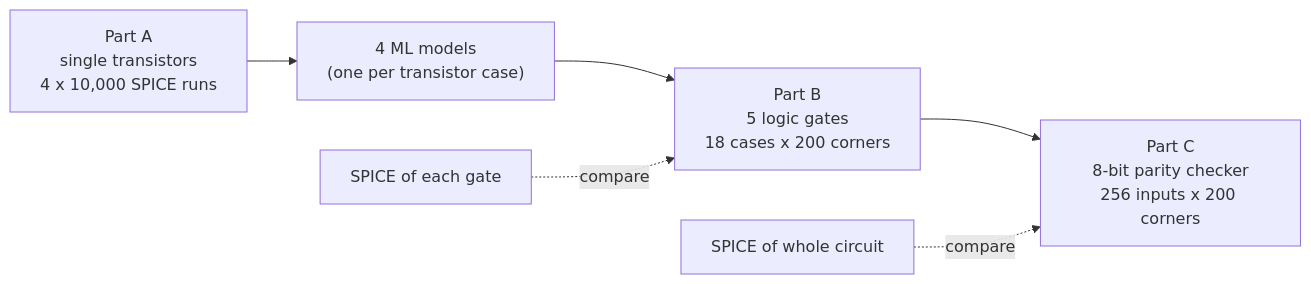
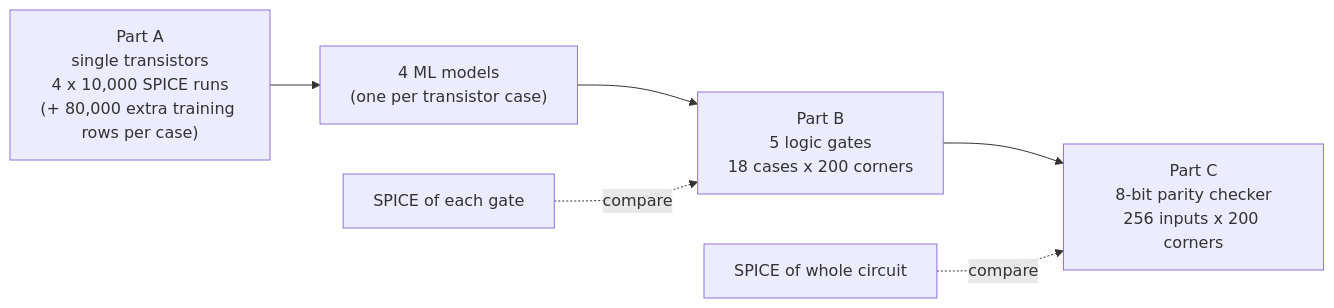
One commit to saiXbhargav/DVD_Project changed the diagram in PROJECT_GUIDE.md. Above: the diagram before and after it, drawn with Mermaid. The commit also changed other lines of this file and 7 other files, not shown here.

````diff
--- a/PROJECT_GUIDE.md
+++ b/PROJECT_GUIDE.md
@@ -52,8 +60,8 @@
 ```mermaid
 flowchart LR
-    A["Part A<br/>single transistors<br/>4 x 10,000 SPICE runs"] --> M["4 ML models<br/>(one per transistor case)"]
+    A["Part A<br/>single transistors<br/>4 x 10,000 SPICE runs<br/>(+ 80,000 extra training rows per case)"] --> M["4 ML models<br/>(one per transistor case)"]
     M --> B["Part B<br/>5 logic gates<br/>18 cases x 200 corners"]
     B --> C["Part C<br/>8-bit parity checker<br/>256 inputs x 200 corners"]
     S1["SPICE of each gate"] -.compare.-> B
     S2["SPICE of whole circuit"] -.compare.-> C
 ```
````
